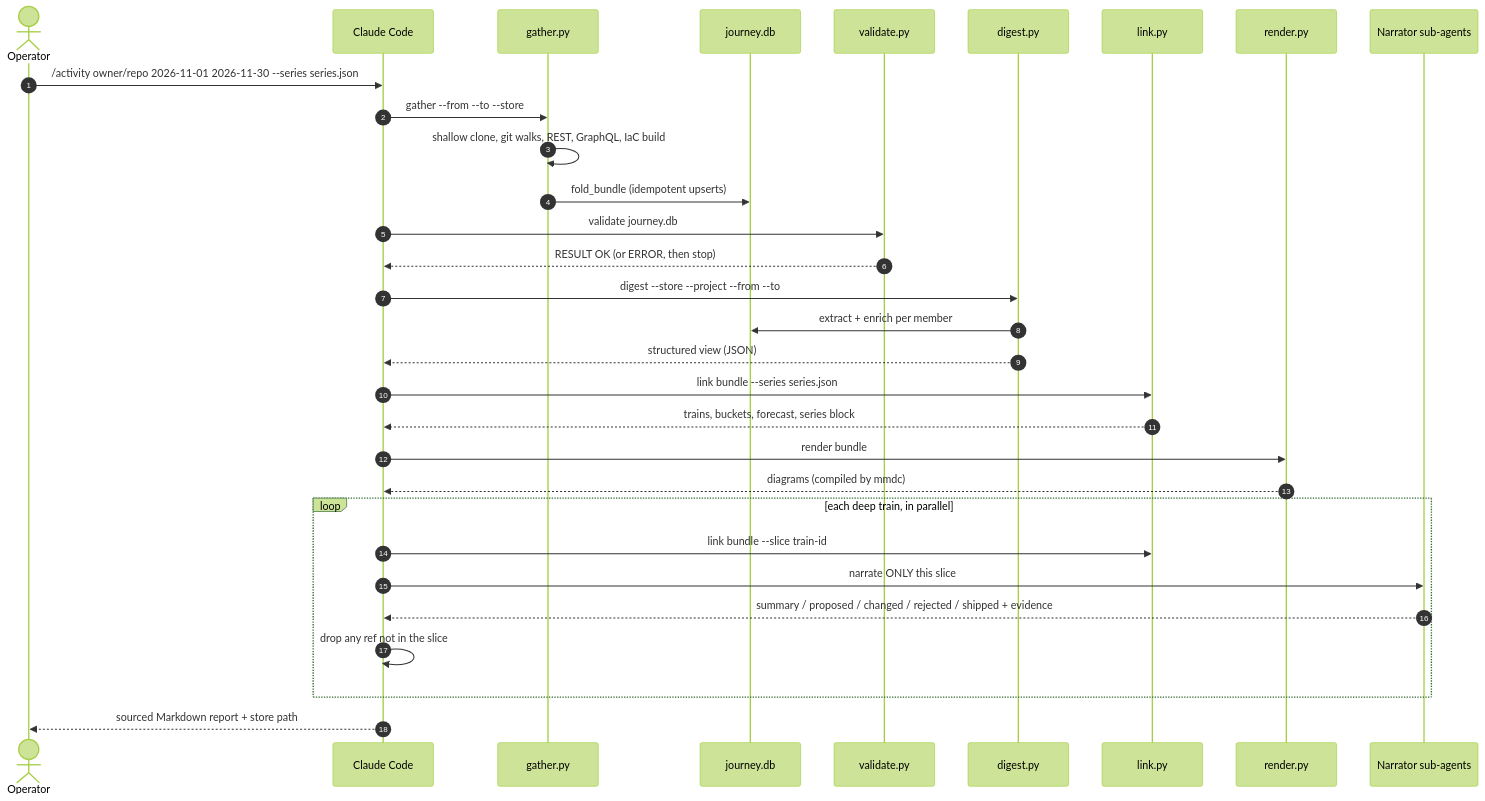
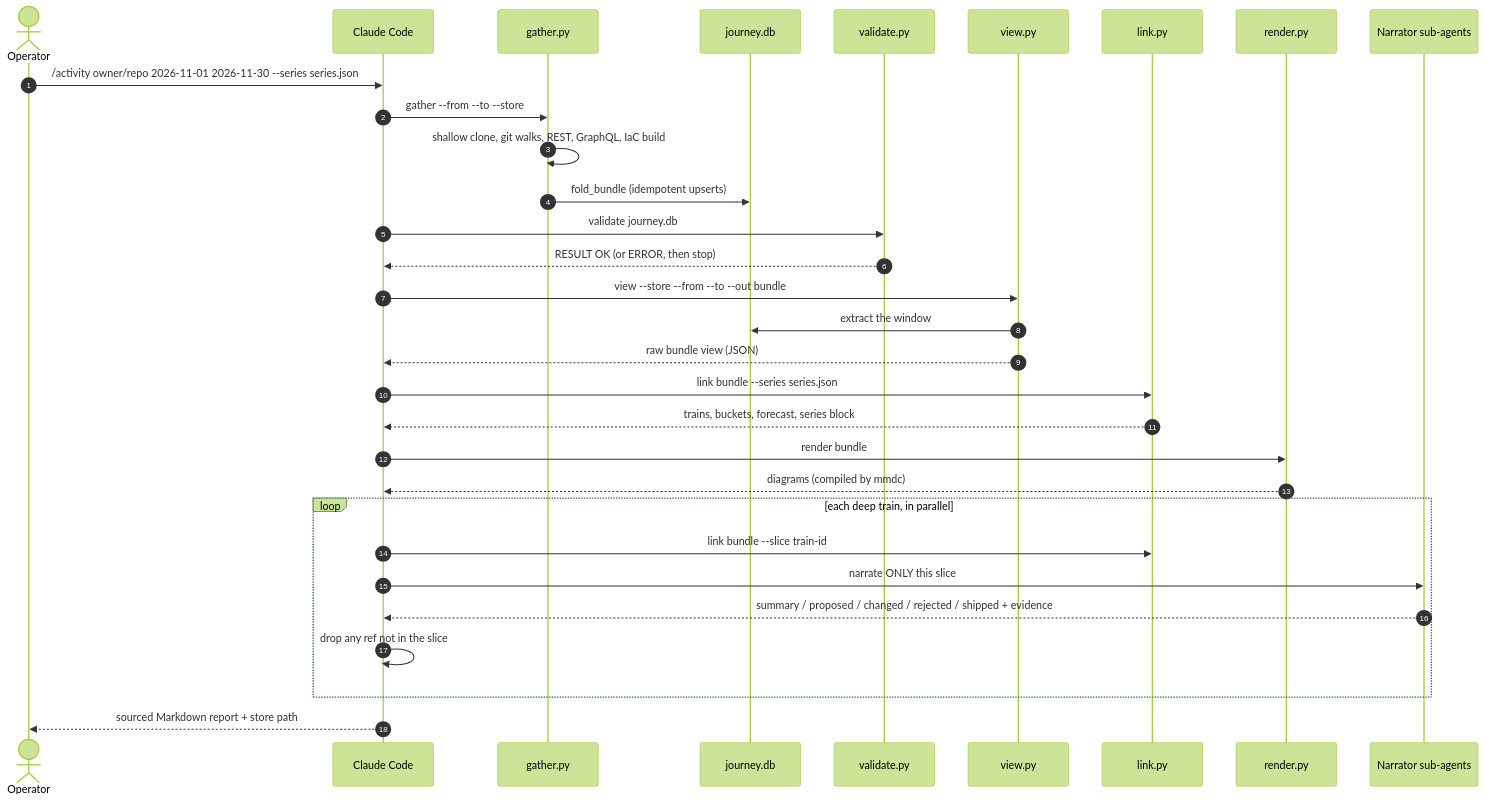
One commit to DamianFlynn/experiments changed the fourth of 8 diagrams in .claude/skills/activity-overview/docs/HLD.md. Above: the diagram before and after it, drawn with Mermaid (forest theme). The commit also changed other lines of this file and 12 other files, not shown here.

````diff
--- a/.claude/skills/activity-overview/docs/HLD.md
+++ b/.claude/skills/activity-overview/docs/HLD.md
@@ -219,33 +219,33 @@
 ```mermaid
 sequenceDiagram
   autonumber
   actor Op as Operator
   participant C as Claude Code
   participant G as gather.py
   participant S as journey.db
   participant V as validate.py
-  participant DG as digest.py
+  participant X as view.py
   participant L as link.py
   participant R as render.py
   participant N as Narrator sub-agents
   Op->>C: /activity owner/repo 2026-11-01 2026-11-30 --series series.json
   C->>G: gather --from --to --store
   G->>G: shallow clone, git walks, REST, GraphQL, IaC build
   G->>S: fold_bundle (idempotent upserts)
   C->>V: validate journey.db
   V-->>C: RESULT OK (or ERROR, then stop)
-  C->>DG: digest --store --project --from --to
-  DG->>S: extract + enrich per member
-  DG-->>C: structured view (JSON)
+  C->>X: view --store --from --to --out bundle
+  X->>S: extract the window
+  X-->>C: raw bundle view (JSON)
   C->>L: link bundle --series series.json
   L-->>C: trains, buckets, forecast, series block
   C->>R: render bundle
   R-->>C: diagrams (compiled by mmdc)
   loop each deep train, in parallel
     C->>L: link bundle --slice train-id
     C->>N: narrate ONLY this slice
     N-->>C: summary / proposed / changed / rejected / shipped + evidence
     C->>C: drop any ref not in the slice
   end
   C-->>Op: sourced Markdown report + store path
 ```
````
